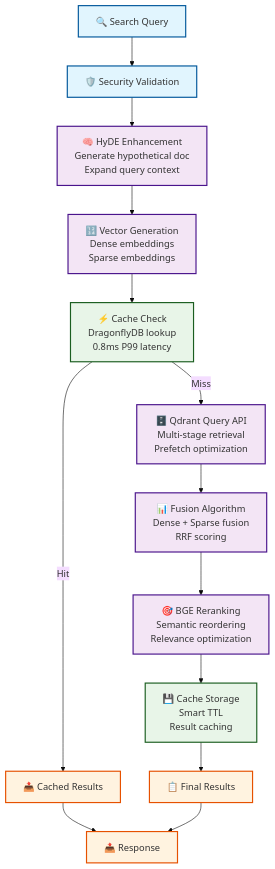
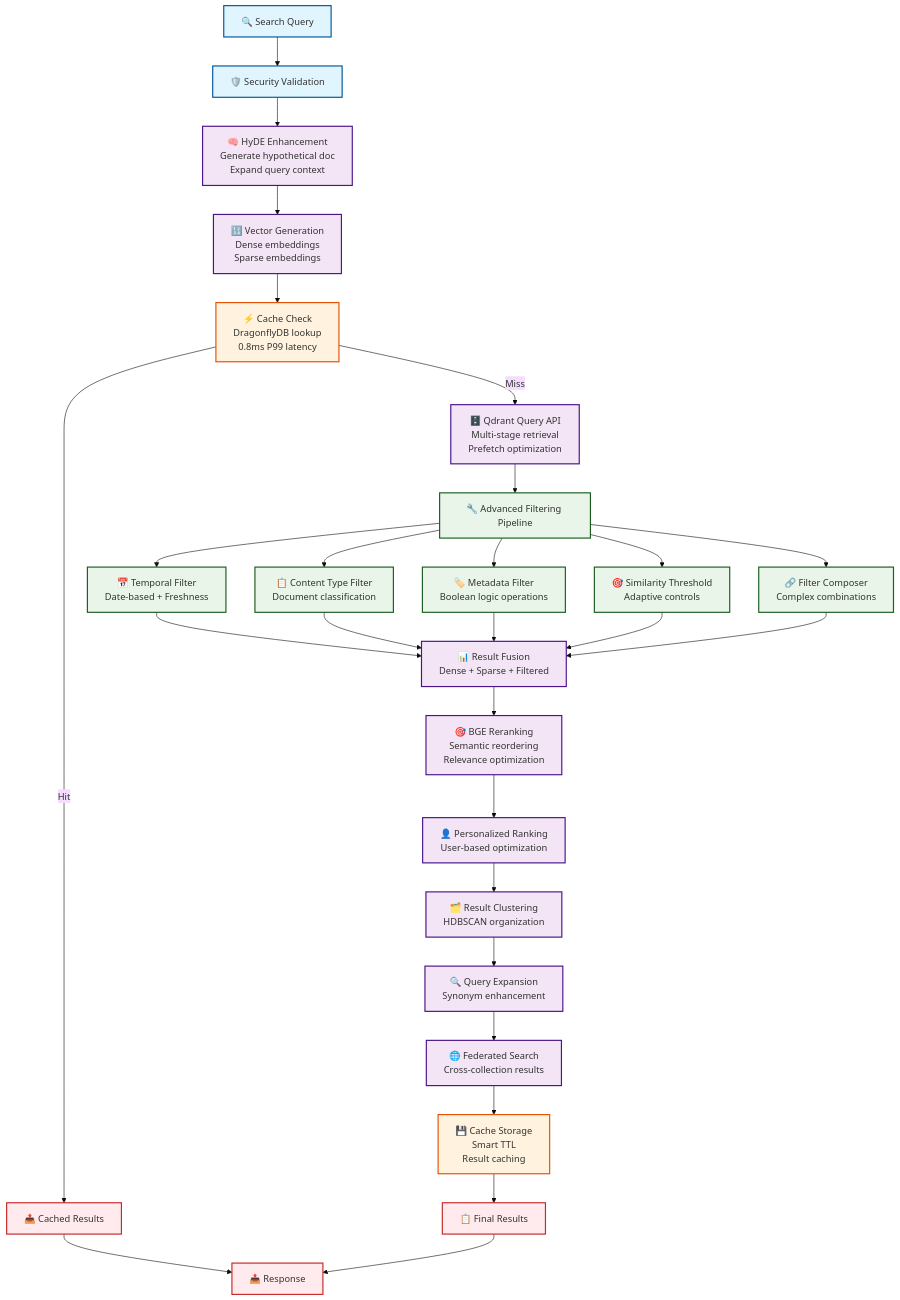
Before and after one commit to BjornMelin/ai-docs-vector-db-hybrid-scraper: diagram 12 of 21 in docs/developers/architecture.md, drawn with Mermaid (base theme). The commit also changed other lines of this file and 66 other files, not shown here.

First line of the commit message:
feat: implement advanced filtering and query processing extensions (BJO-96)

````diff
--- a/docs/developers/architecture.md
+++ b/docs/developers/architecture.md
@@ -504,29 +504,48 @@
 ```mermaid
 flowchart TD
     A["🔍 Search Query"] --> B["🛡️ Security Validation"]
     B --> C["🧠 HyDE Enhancement<br/>Generate hypothetical doc<br/>Expand query context"]
     
     C --> D["🔢 Vector Generation<br/>Dense embeddings<br/>Sparse embeddings"]
     D --> E["⚡ Cache Check<br/>DragonflyDB lookup<br/>0.8ms P99 latency"]
     
     E -->|Hit| F["📤 Cached Results"]
     E -->|Miss| G["🗄️ Qdrant Query API<br/>Multi-stage retrieval<br/>Prefetch optimization"]
     
-    G --> H["📊 Fusion Algorithm<br/>Dense + Sparse fusion<br/>RRF scoring"]
-    H --> I["🎯 BGE Reranking<br/>Semantic reordering<br/>Relevance optimization"]
-    I --> J["💾 Cache Storage<br/>Smart TTL<br/>Result caching"]
-    J --> K["📋 Final Results"]
+    G --> H["🔧 Advanced Filtering Pipeline"]
+    H --> H1["📅 Temporal Filter<br/>Date-based + Freshness"]
+    H --> H2["📋 Content Type Filter<br/>Document classification"]
+    H --> H3["🏷️ Metadata Filter<br/>Boolean logic operations"]
+    H --> H4["🎯 Similarity Threshold<br/>Adaptive controls"]
+    H --> H5["🔗 Filter Composer<br/>Complex combinations"]
     
-    F --> L["📤 Response"]
-    K --> L
+    H1 --> I["📊 Result Fusion<br/>Dense + Sparse + Filtered"]
+    H2 --> I
+    H3 --> I
+    H4 --> I
+    H5 --> I
+    
+    I --> J["🎯 BGE Reranking<br/>Semantic reordering<br/>Relevance optimization"]
+    J --> K["👤 Personalized Ranking<br/>User-based optimization"]
+    K --> L["🗂️ Result Clustering<br/>HDBSCAN organization"]
+    L --> M["🔍 Query Expansion<br/>Synonym enhancement"]
+    M --> N["🌐 Federated Search<br/>Cross-collection results"]
+    N --> O["💾 Cache Storage<br/>Smart TTL<br/>Result caching"]
+    O --> P["📋 Final Results"]
+    
+    F --> Q["📤 Response"]
+    P --> Q
     
     classDef query fill:#e1f5fe,stroke:#01579b,stroke-width:2px
     classDef processing fill:#f3e5f5,stroke:#4a148c,stroke-width:2px
-    classDef cache fill:#e8f5e8,stroke:#1b5e20,stroke-width:2px
-    classDef results fill:#fff3e0,stroke:#e65100,stroke-width:2px
+    classDef filtering fill:#e8f5e8,stroke:#1b5e20,stroke-width:2px
+    classDef cache fill:#fff3e0,stroke:#e65100,stroke-width:2px
+    classDef results fill:#ffebee,stroke:#c62828,stroke-width:2px
     
     class A,B query
-    class C,D,G,H,I processing
-    class E,J cache
-    class F,K,L results
+    class C,D,G processing
+    class H,H1,H2,H3,H4,H5 filtering
+    class E,O cache
+    class F,P,Q results
+    class I,J,K,L,M,N processing
 ```
````
